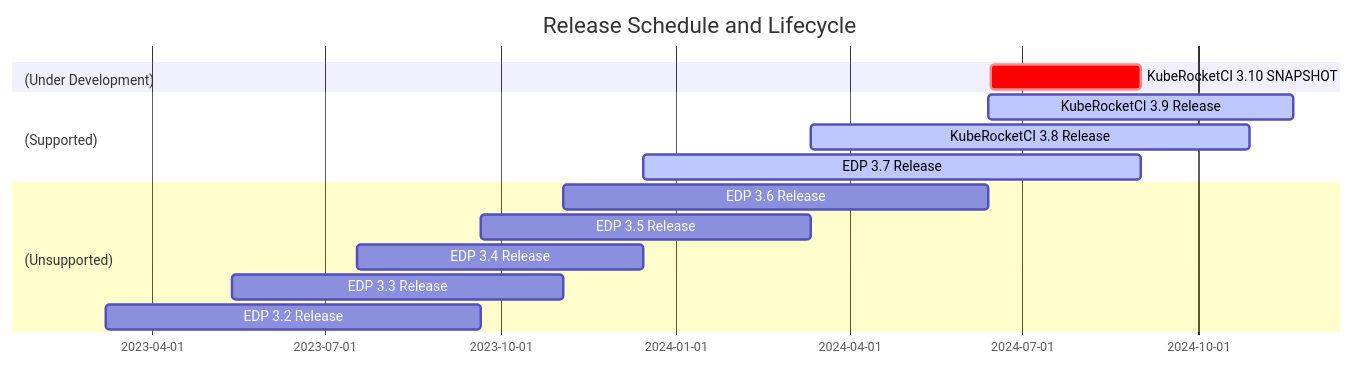
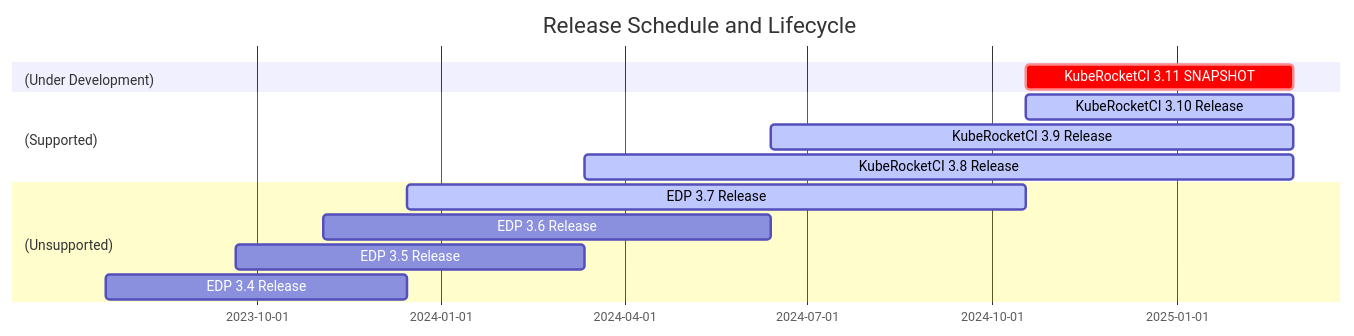
One commit to KubeRocketCI/docs changed the diagram in versioned_docs/version-3.10.0/supported-versions.md. Above: the diagram before and after it, drawn with Mermaid. The commit also changed other lines of this file and 7 other files, not shown here.

````diff
--- a/versioned_docs/version-3.10.0/supported-versions.md
+++ b/versioned_docs/version-3.10.0/supported-versions.md
@@ -6,32 +6,29 @@
 ```mermaid
 gantt
     dateFormat  YYYY-MM-DD
     title Release Schedule and Lifecycle
 
     section (Under Development)
-    KubeRocketCI 3.10 SNAPSHOT: crit, r310, 2024-06-14, 2024-09-01
+    KubeRocketCI 3.11 SNAPSHOT: crit, r40, 2024-10-18, 2025-02-28
 
     section (Supported)
-    KubeRocketCI 3.9 Release: active, r39, 2024-06-13, 160d
+    KubeRocketCI 3.10 Release: active, r40, 2024-10-18, 2025-02-28
 
     section (Supported)
-    KubeRocketCI 3.8 Release: active, r38, 2024-03-12, 230d
+    KubeRocketCI 3.9 Release: active, r39, 2024-06-13, 2025-02-28
 
     section (Supported)
-    EDP 3.7 Release: active, r37, 2023-12-15, 2024-09-01
+    KubeRocketCI 3.8 Release: active, r38, 2024-03-12, 2025-02-28
+
+    section (Unsupported)
+    EDP 3.7 Release: active, r37, 2023-12-15, 2024-10-18
 
     section (Unsupported)
     EDP 3.6 Release: r36, 2023-11-03, 2024-06-13
 
     section (Unsupported)
     EDP 3.5 Release: r35, 2023-09-21, 2024-03-12
 
     section (Unsupported)
     EDP 3.4 Release: r34, 2023-07-18, 2023-12-15
-
-    section (Unsupported)
-    EDP 3.3 Release: r33, 2023-05-13, 2023-11-03
-
-    section (Unsupported)
-    EDP 3.2 Release: r32, 2023-03-08, 2023-09-21
 ```
````
